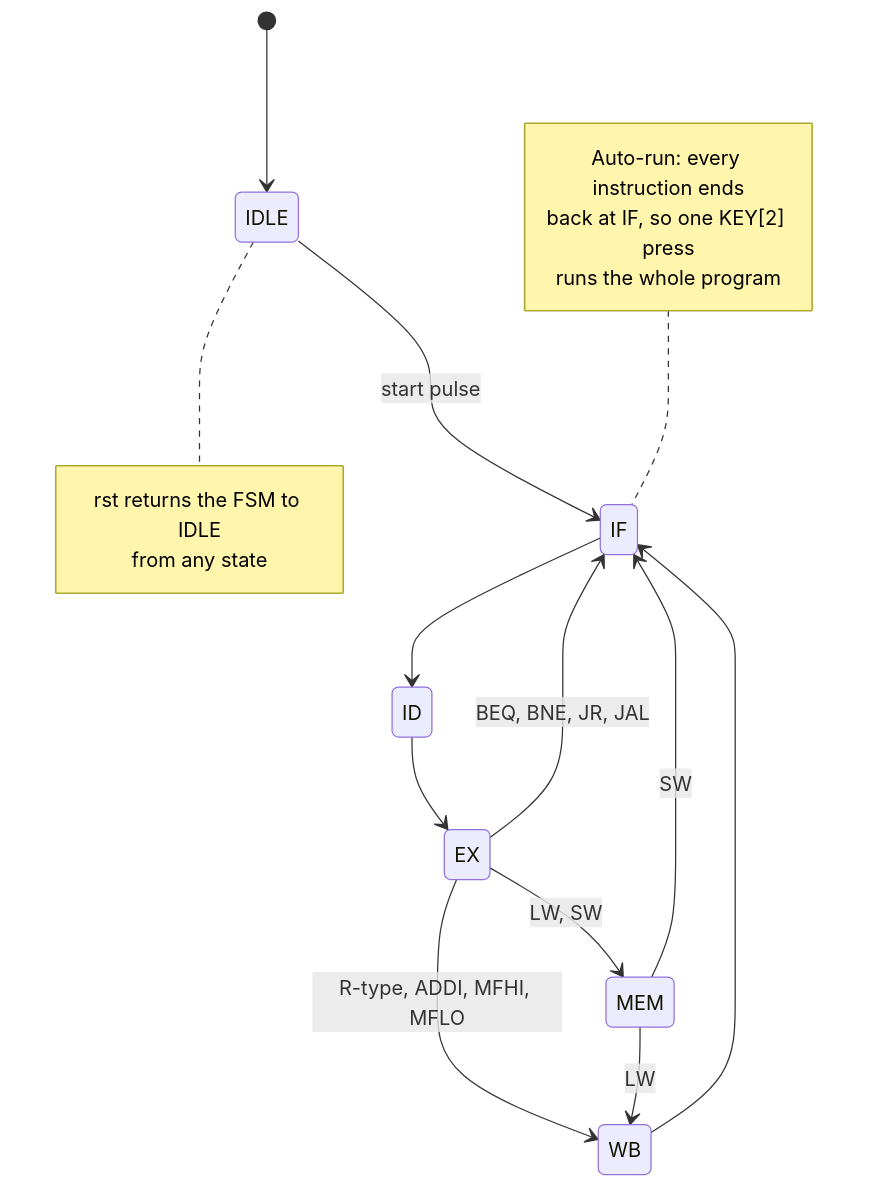
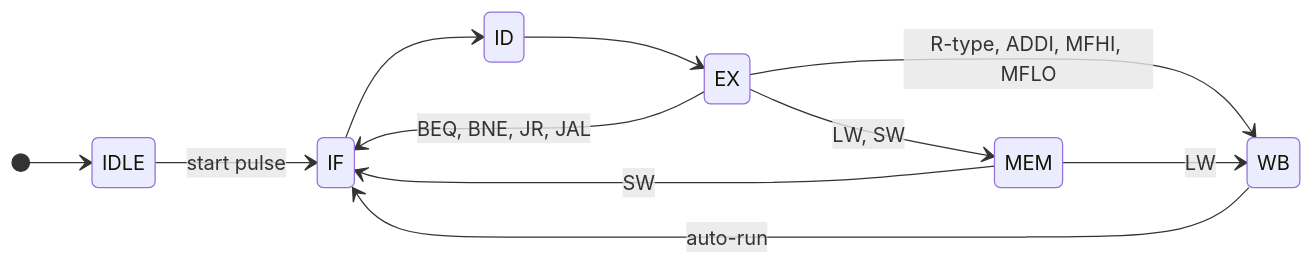
Before and after one commit to AtikRahat/mips-multi-cycle-cpu: the third of 11 diagrams in ARCHITECTURE.md, drawn with Mermaid. The commit also changed other lines of this file and 13 other files, not shown here.

First line of the commit message:
Switch architecture diagrams to the ELK layout engine

````diff
--- a/ARCHITECTURE.md
+++ b/ARCHITECTURE.md
@@ -225,27 +225,18 @@
 ```mermaid
 stateDiagram-v2
+    direction LR
+
     [*] --> IDLE
     IDLE --> IF : start pulse
     IF --> ID
     ID --> EX
 
     EX --> WB : R-type, ADDI, MFHI, MFLO
     EX --> MEM : LW, SW
     EX --> IF : BEQ, BNE, JR, JAL
 
     MEM --> WB : LW
     MEM --> IF : SW
 
-    WB --> IF
-
-    note right of IDLE
-        rst returns the FSM to IDLE
-        from any state
-    end note
-
-    note left of IF
-        Auto-run: every instruction ends
-        back at IF, so one KEY[2] press
-        runs the whole program
-    end note
+    WB --> IF : auto-run
 ```
````
